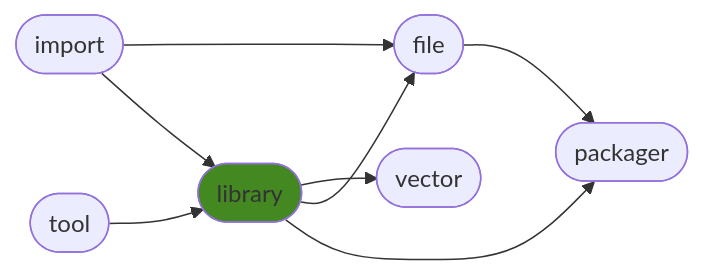
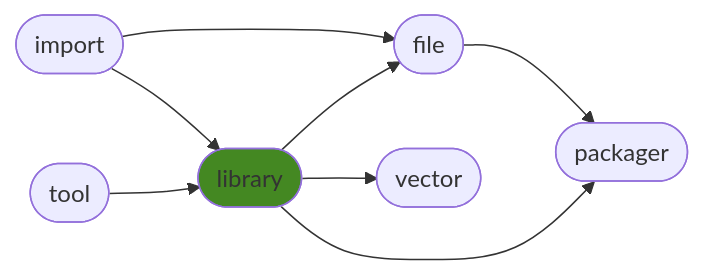
Before and after one commit to ManderaGeneral/generallibrary: the diagram in README.md, drawn with Mermaid. The commit also changed other lines of this file, not shown here.

````diff
--- a/README.md
+++ b/README.md
@@ -24,17 +24,17 @@
 ```mermaid
 flowchart LR
-2([library]) --> 4([vector])
+3([file]) --> 5([packager])
 0([import]) --> 3([file])
 2([library]) --> 3([file])
-0([import]) --> 2([library])
+2([library]) --> 4([vector])
 2([library]) --> 5([packager])
 1([tool]) --> 2([library])
-3([file]) --> 5([packager])
+0([import]) --> 2([library])
 click 0 "https://github.com/ManderaGeneral/generalimport"
 click 1 "https://github.com/ManderaGeneral/generaltool"
 click 2 "https://github.com/ManderaGeneral/generallibrary"
 click 3 "https://github.com/ManderaGeneral/generalfile"
 click 4 "https://github.com/ManderaGeneral/generalvector"
 click 5 "https://github.com/ManderaGeneral/generalpackager"
 style 2 fill:#482
 ```
````
